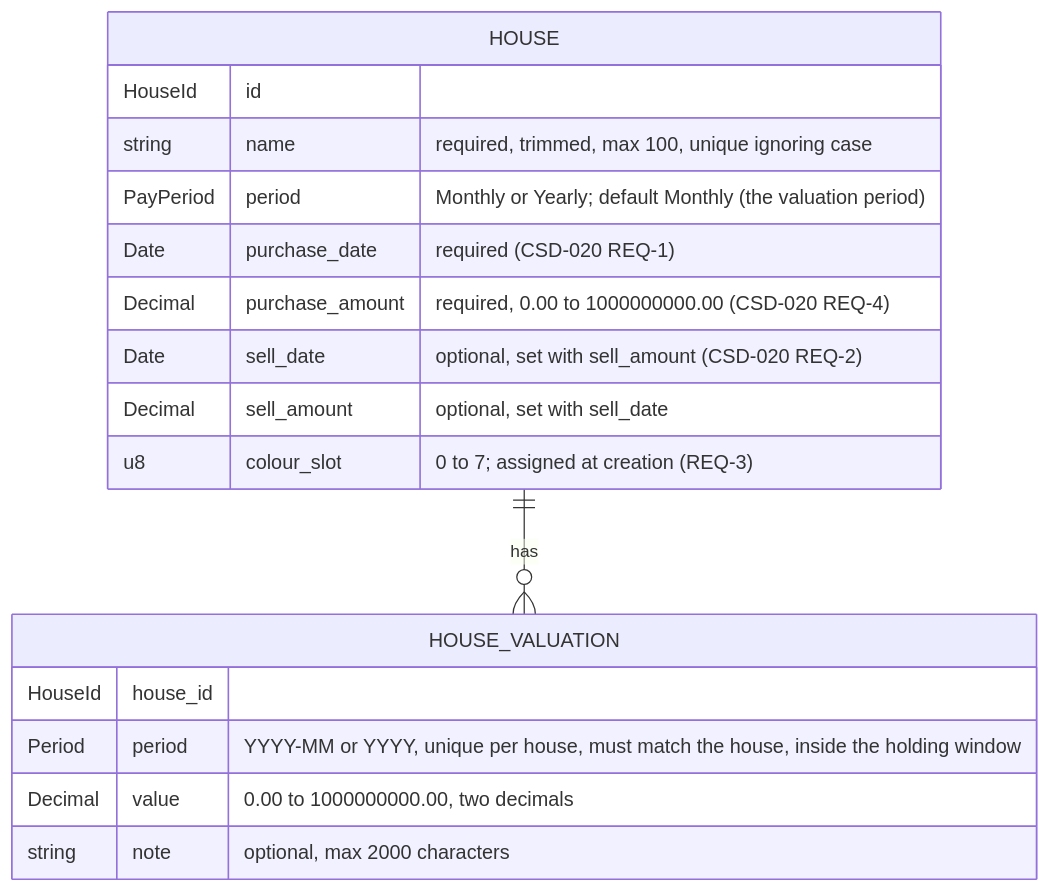
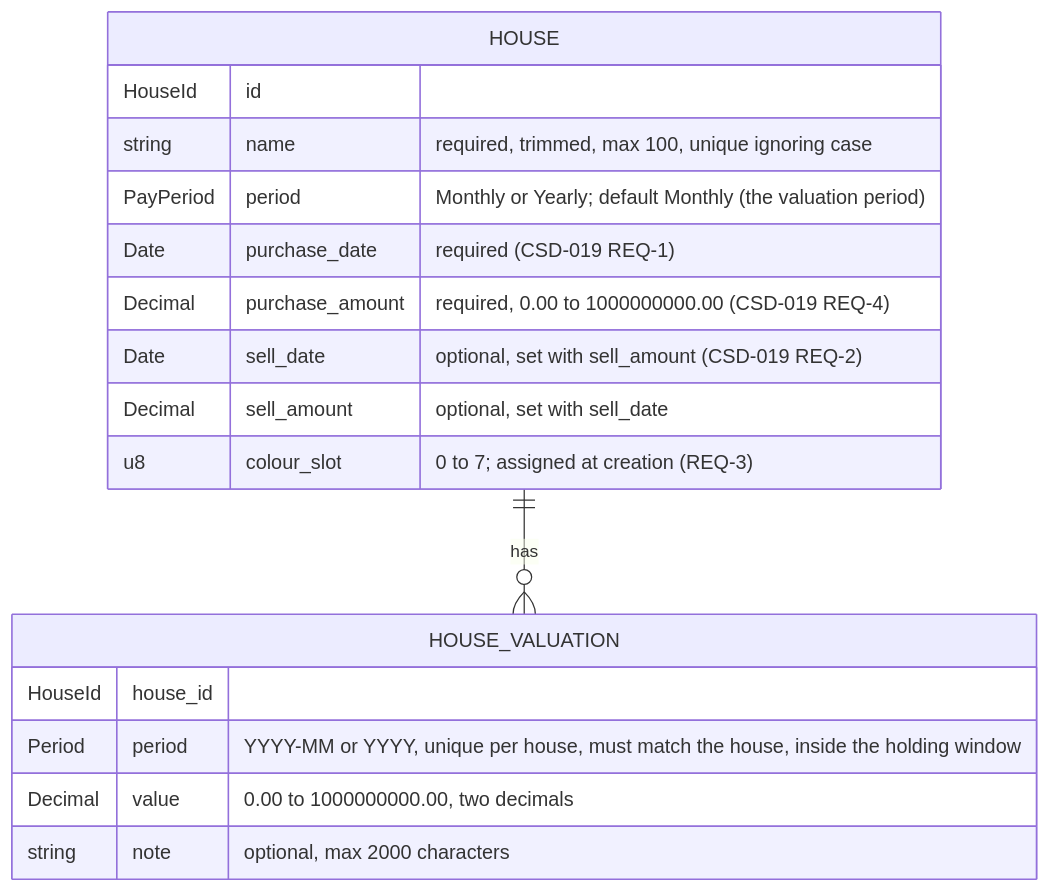
One commit to BardoelT/varde changed the second of 2 diagrams in docs/csd/CSD-015-houses.md. Above: the diagram before and after it, drawn with Mermaid. The commit also changed other lines of this file and 13 other files, not shown here.

````diff
--- a/docs/csd/CSD-015-houses.md
+++ b/docs/csd/CSD-015-houses.md
@@ -984,20 +984,20 @@
 ```mermaid
 erDiagram
     HOUSE ||--o{ HOUSE_VALUATION : has
     HOUSE {
         HouseId id
         string name "required, trimmed, max 100, unique ignoring case"
         PayPeriod period "Monthly or Yearly; default Monthly (the valuation period)"
-        Date purchase_date "required (CSD-020 REQ-1)"
-        Decimal purchase_amount "required, 0.00 to 1000000000.00 (CSD-020 REQ-4)"
-        Date sell_date "optional, set with sell_amount (CSD-020 REQ-2)"
+        Date purchase_date "required (CSD-019 REQ-1)"
+        Decimal purchase_amount "required, 0.00 to 1000000000.00 (CSD-019 REQ-4)"
+        Date sell_date "optional, set with sell_amount (CSD-019 REQ-2)"
         Decimal sell_amount "optional, set with sell_date"
         u8 colour_slot "0 to 7; assigned at creation (REQ-3)"
     }
     HOUSE_VALUATION {
         HouseId house_id
         Period period "YYYY-MM or YYYY, unique per house, must match the house, inside the holding window"
         Decimal value "0.00 to 1000000000.00, two decimals"
         string note "optional, max 2000 characters"
     }
 ```
````
